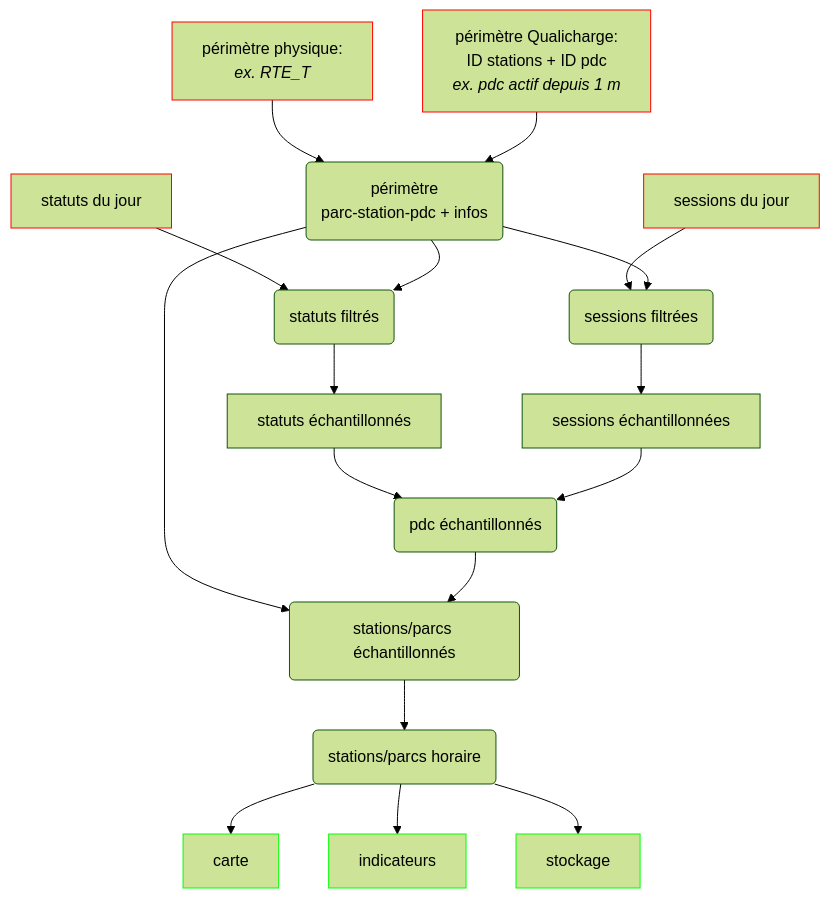
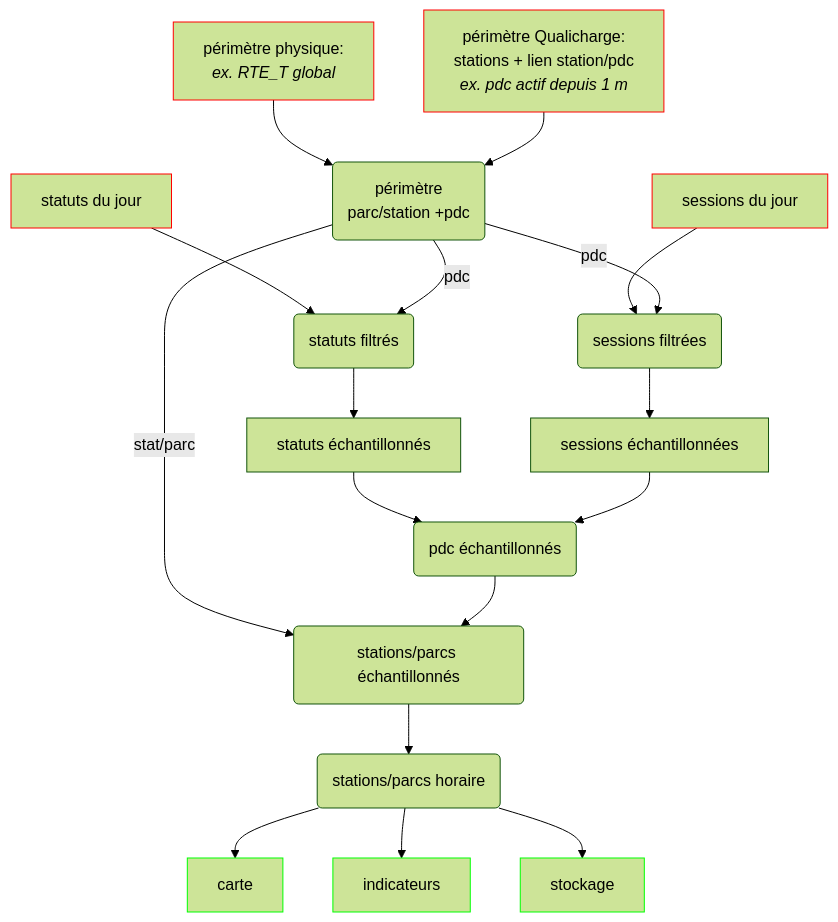
Before and after one commit to loco-philippe/IRVE: the third of 3 diagrams in sources/status et sessions/indicateurs_usage.md, drawn with Mermaid (forest theme). The commit also changed other lines of this file, not shown here.

````diff
--- a/sources/status et sessions/indicateurs_usage.md
+++ b/sources/status et sessions/indicateurs_usage.md
@@ -321,40 +321,40 @@
 ```mermaid
 flowchart TB
     phys["`périmètre physique: 
-    *ex. RTE_T*`"]:::entree
+    *ex. RTE_T global*`"]:::entree
     quali["`périmètre Qualicharge:
-    ID stations + ID pdc
+    stations + lien station/pdc
     *ex. pdc actif depuis 1 m*`"]:::entree
     statuts[statuts du jour]:::entree
     sessions[sessions du jour]:::entree
     
     perim("`périmètre
-    parc-station-pdc + infos`")
+    parc/station +pdc`")
     stat_f(statuts filtrés)
     sess_f(sessions filtrées)
     pdc_e(pdc échantillonnés)
     station_e(stations/parcs échantillonnés)
     station_h(stations/parcs horaire)
 
     phys --> perim
     quali --> perim
     sessions --> sess_f
-    perim --> sess_f
+    perim -->|pdc| sess_f
     statuts --> stat_f
-    perim --> stat_f
+    perim -->|pdc| stat_f
     sess_f --> sess_e[sessions échantillonnées]
     stat_f --> stat_e[statuts échantillonnés]
     stat_e --> pdc_e
     sess_e --> pdc_e
-    perim --> station_e
+    perim -->|stat/parc| station_e
     pdc_e --> station_e
     station_e --> station_h
     
     station_h --> carte:::sortie
     station_h --> indicateurs:::sortie
     station_h --> stockage:::sortie
 
     classDef entree stroke:#f00
     classDef sortie stroke:#0f0
     
 ```
````
